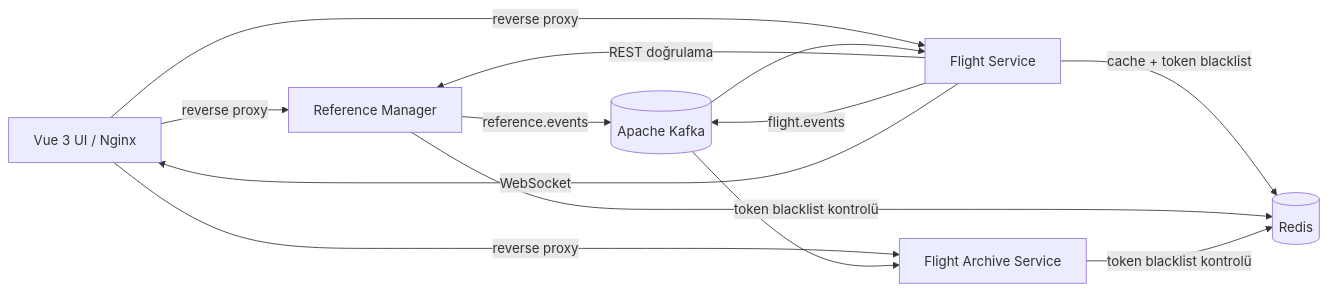
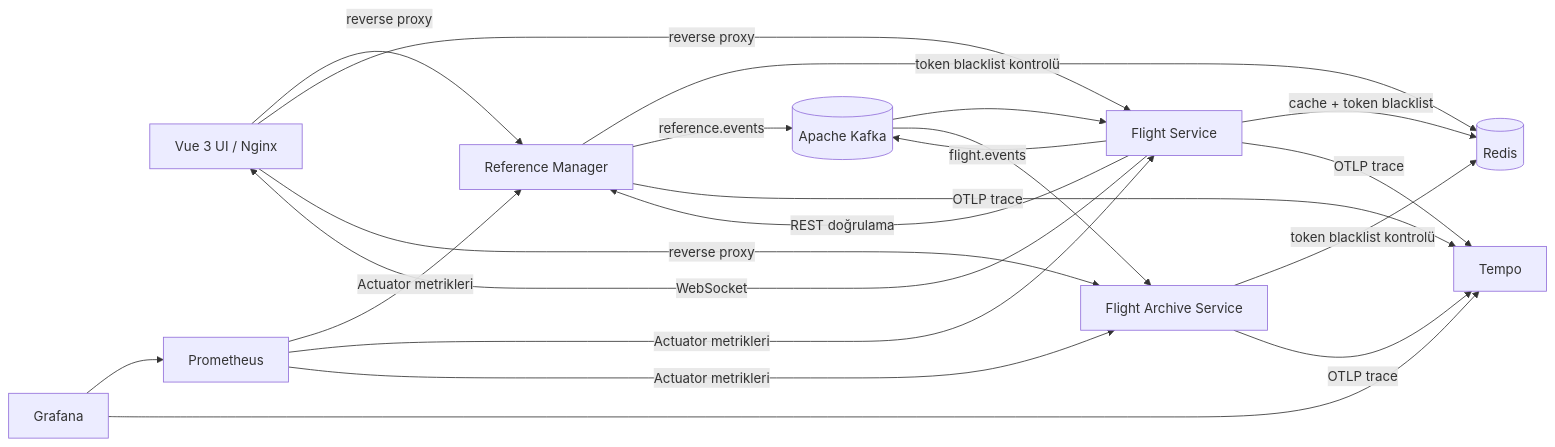
Before and after one commit to aliozank/Flight-Managment-System: the diagram in README.md, drawn with Mermaid. The commit also changed other lines of this file and 48 other files, not shown here.

````diff
--- a/README.md
+++ b/README.md
@@ -13,22 +14,33 @@
 ```mermaid
 flowchart LR
     UI["Vue 3 UI / Nginx"]
     RM["Reference Manager"]
     FS["Flight Service"]
     AS["Flight Archive Service"]
     K[("Apache Kafka")]
     R[("Redis")]
+    P["Prometheus"]
+    T["Tempo"]
+    G["Grafana"]
 
     UI -->|reverse proxy| RM
     UI -->|reverse proxy| FS
     UI -->|reverse proxy| AS
     FS -->|REST doğrulama| RM
     FS -->|cache + token blacklist| R
     RM -->|token blacklist kontrolü| R
     AS -->|token blacklist kontrolü| R
     RM -->|reference.events| K
     FS -->|flight.events| K
     K --> FS
     K --> AS
     FS -->|WebSocket| UI
+    P -->|Actuator metrikleri| RM
+    P -->|Actuator metrikleri| FS
+    P -->|Actuator metrikleri| AS
+    RM -->|OTLP trace| T
+    FS -->|OTLP trace| T
+    AS -->|OTLP trace| T
+    G --> P
+    G --> T
 ```
````
